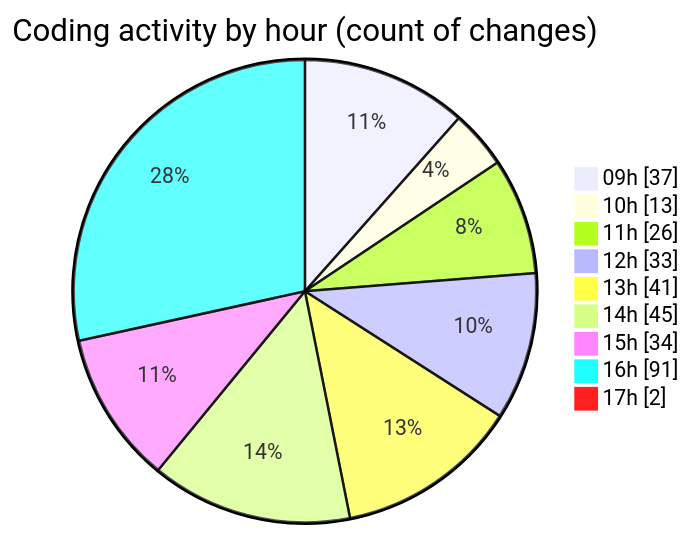
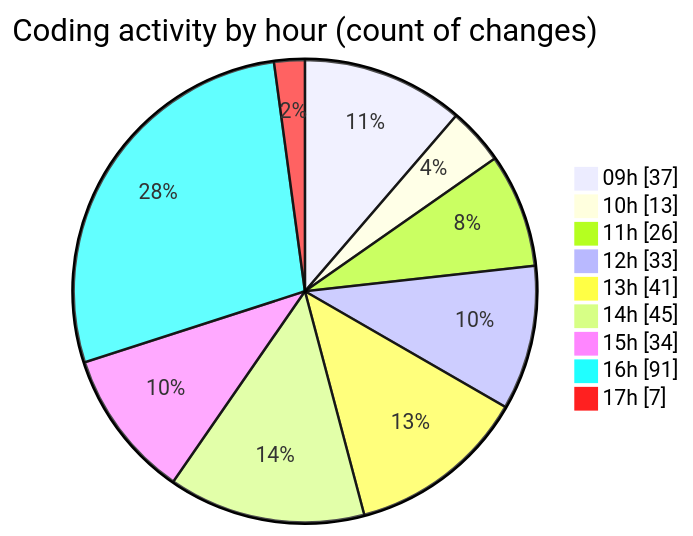
Before and after one commit to momahboobian/code-tracking: the second of 2 diagrams in 2026-04-23/cda/README.md, drawn with Mermaid. The commit also changed other lines of this file and 1 other file, not shown here.

````diff
--- a/2026-04-23/cda/README.md
+++ b/2026-04-23/cda/README.md
@@ -56,13 +56,13 @@
 ```mermaid
 pie showData
 title Coding activity by hour (count of changes)
 "09h" : 37
 "10h" : 13
 "11h" : 26
 "12h" : 33
 "13h" : 41
 "14h" : 45
 "15h" : 34
 "16h" : 91
-"17h" : 2
+"17h" : 7
 ```
````
